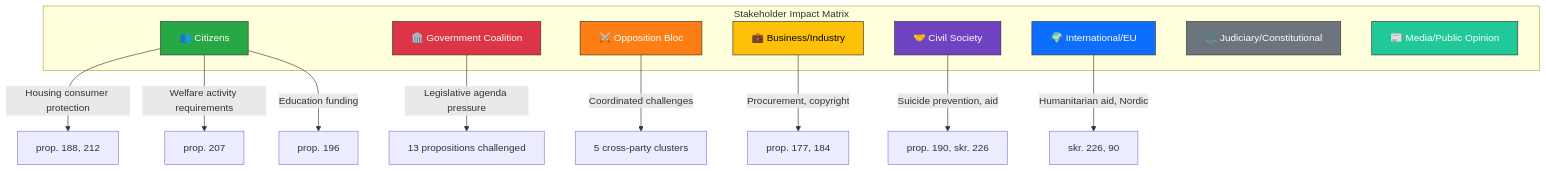
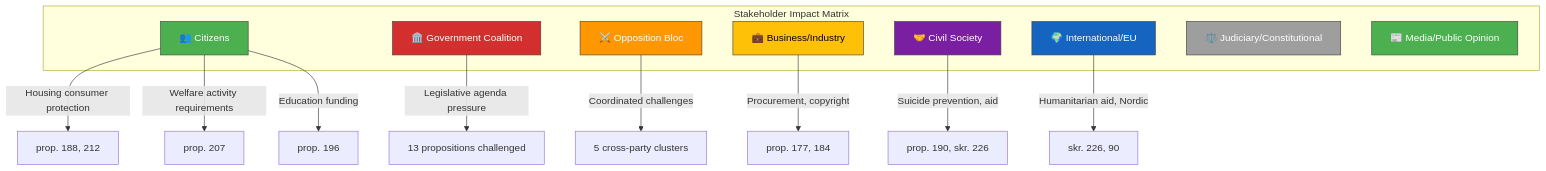
Before and after one commit to Hack23/riksdagsmonitor: the diagram in analysis/daily/2026-04-10/motions/stakeholder-perspectives.md, drawn with Mermaid. The commit also changed 785 other files, not shown here.

First line of the commit message:
Normalize mermaid colors across 786 analysis artifacts to ISMS Style Guide palette

````diff
--- a/analysis/daily/2026-04-10/motions/stakeholder-perspectives.md
+++ b/analysis/daily/2026-04-10/motions/stakeholder-perspectives.md
@@ -15,29 +15,29 @@
 ```mermaid
 graph TD
     subgraph "Stakeholder Impact Matrix"
         CIT["👥 Citizens"]
         GOV["🏛️ Government Coalition"]
         OPP["⚔️ Opposition Bloc"]
         BIZ["💼 Business/Industry"]
         CIV["🤝 Civil Society"]
         INT["🌍 International/EU"]
         JUD["⚖️ Judiciary/Constitutional"]
         MED["📰 Media/Public Opinion"]
     end
     CIT -->|"Housing consumer protection"| H["prop. 188, 212"]
     CIT -->|"Welfare activity requirements"| W["prop. 207"]
     CIT -->|"Education funding"| E["prop. 196"]
     GOV -->|"Legislative agenda pressure"| L["13 propositions challenged"]
     OPP -->|"Coordinated challenges"| CC["5 cross-party clusters"]
     BIZ -->|"Procurement, copyright"| B["prop. 177, 184"]
     CIV -->|"Suicide prevention, aid"| C["prop. 190, skr. 226"]
     INT -->|"Humanitarian aid, Nordic"| I["skr. 226, 90"]
-    style CIT fill:#28a745,stroke:#333,color:#fff
-    style GOV fill:#dc3545,stroke:#333,color:#fff
-    style OPP fill:#fd7e14,stroke:#333,color:#fff
-    style BIZ fill:#ffc107,stroke:#333,color:#000
-    style CIV fill:#6f42c1,stroke:#333,color:#fff
-    style INT fill:#0d6efd,stroke:#333,color:#fff
-    style JUD fill:#6c757d,stroke:#333,color:#fff
-    style MED fill:#20c997,stroke:#333,color:#fff
+    style CIT fill:#4CAF50,stroke:#424242,color:#FFFFFF
+    style GOV fill:#D32F2F,stroke:#424242,color:#FFFFFF
+    style OPP fill:#FF9800,stroke:#424242,color:#FFFFFF
+    style BIZ fill:#FFC107,stroke:#424242,color:#000000
+    style CIV fill:#7B1FA2,stroke:#424242,color:#FFFFFF
+    style INT fill:#1565C0,stroke:#424242,color:#FFFFFF
+    style JUD fill:#9E9E9E,stroke:#424242,color:#FFFFFF
+    style MED fill:#4CAF50,stroke:#424242,color:#FFFFFF
 ```
````
